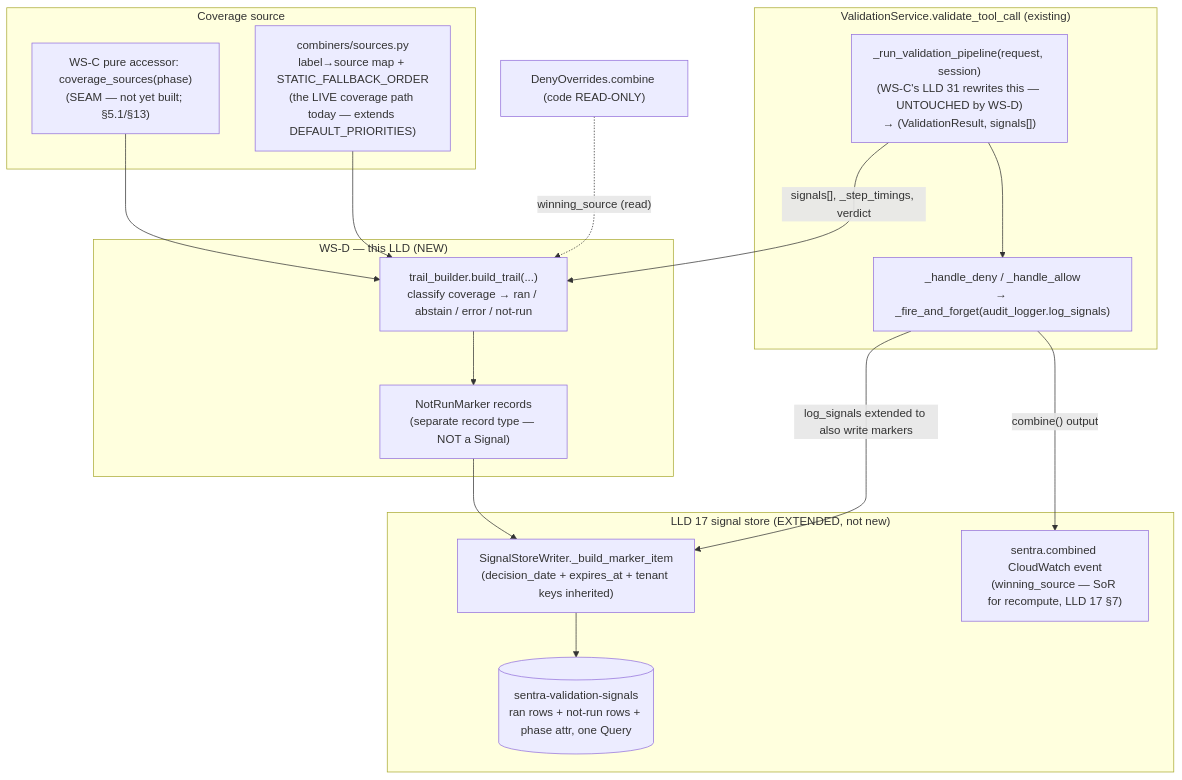
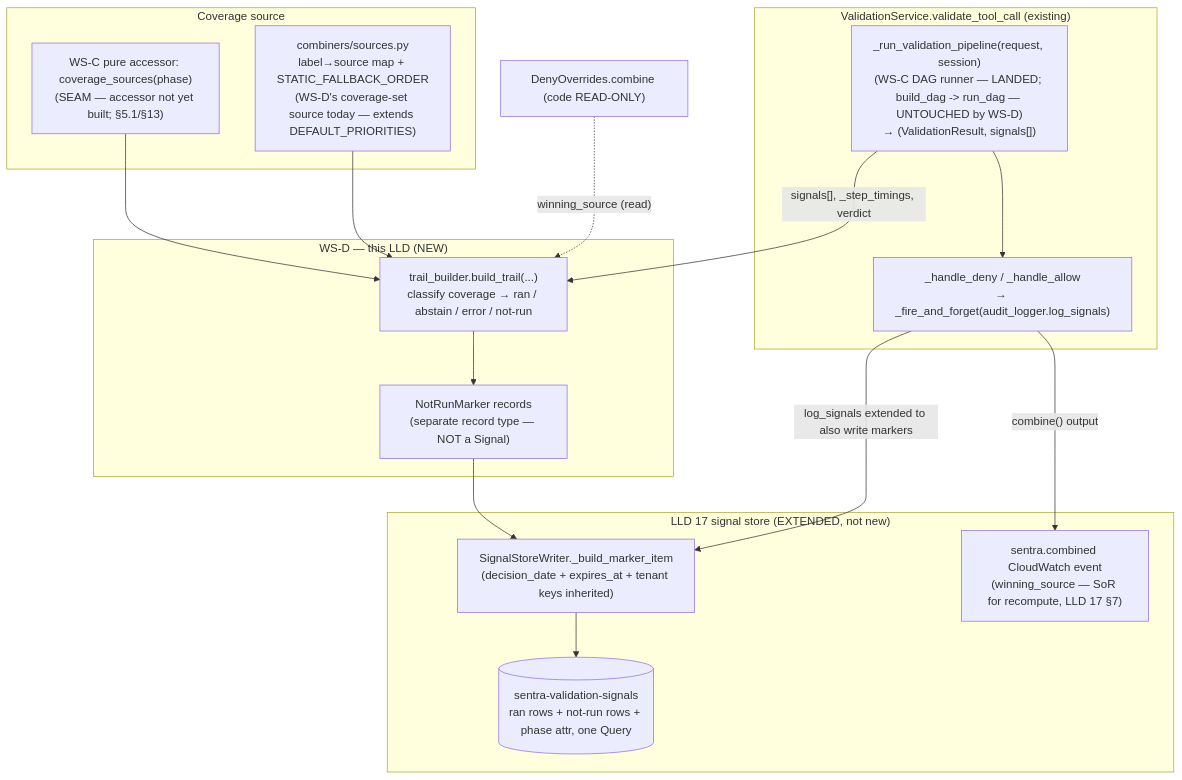
Before and after one commit to shashank31mar/Sentra: the first of 4 diagrams in lld/33-decision-trail.md, drawn with Mermaid. The commit also changed other lines of this file and 1 other file, not shown here.

First line of the commit message:
lld/33: reconcile to landed WS-C + real code (consistency sweep)

````diff
--- a/lld/33-decision-trail.md
+++ b/lld/33-decision-trail.md
@@ -92,31 +92,31 @@
 ```mermaid
 flowchart TB
   subgraph VS["ValidationService.validate_tool_call (existing)"]
-    PIPE["_run_validation_pipeline(request, session)<br/>(WS-C's LLD 31 rewrites this — UNTOUCHED by WS-D)<br/>→ (ValidationResult, signals[])"]
+    PIPE["_run_validation_pipeline(request, session)<br/>(WS-C DAG runner — LANDED; build_dag -> run_dag — UNTOUCHED by WS-D)<br/>→ (ValidationResult, signals[])"]
     HANDLE["_handle_deny / _handle_allow<br/>→ _fire_and_forget(audit_logger.log_signals)"]
   end
   subgraph WSD["WS-D — this LLD (NEW)"]
     TB["trail_builder.build_trail(...)<br/>classify coverage → ran / abstain / error / not-run"]
     NRM["NotRunMarker records<br/>(separate record type — NOT a Signal)"]
   end
   subgraph COV["Coverage source"]
-    DAG["WS-C pure accessor: coverage_sources(phase)<br/>(SEAM — not yet built; §5.1/§13)"]
-    SRC["combiners/sources.py<br/>label→source map + STATIC_FALLBACK_ORDER<br/>(the LIVE coverage path today — extends DEFAULT_PRIORITIES)"]
+    DAG["WS-C pure accessor: coverage_sources(phase)<br/>(SEAM — accessor not yet built; §5.1/§13)"]
+    SRC["combiners/sources.py<br/>label→source map + STATIC_FALLBACK_ORDER<br/>(WS-D's coverage-set source today — extends DEFAULT_PRIORITIES)"]
   end
   subgraph STORE["LLD 17 signal store (EXTENDED, not new)"]
     W["SignalStoreWriter._build_marker_item<br/>(decision_date + expires_at + tenant keys inherited)"]
     DDB[("sentra-validation-signals<br/>ran rows + not-run rows + phase attr, one Query")]
     CW["sentra.combined CloudWatch event<br/>(winning_source — SoR for recompute, LLD 17 §7)"]
   end
   COMB["DenyOverrides.combine (code READ-ONLY)"]
 
   PIPE --> HANDLE
   PIPE -->|"signals[], _step_timings, verdict"| TB
   DAG --> TB
   SRC --> TB
   COMB -.->|"winning_source (read)"| TB
   TB --> NRM --> W
   HANDLE -->|"log_signals extended to also write markers"| W
   W --> DDB
   HANDLE -->|"combine() output"| CW
 ```
````
